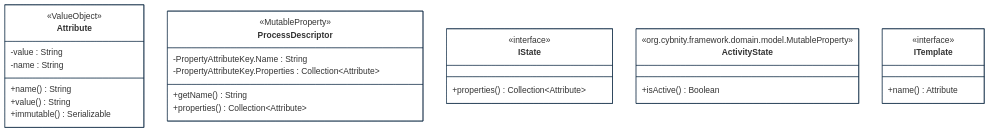
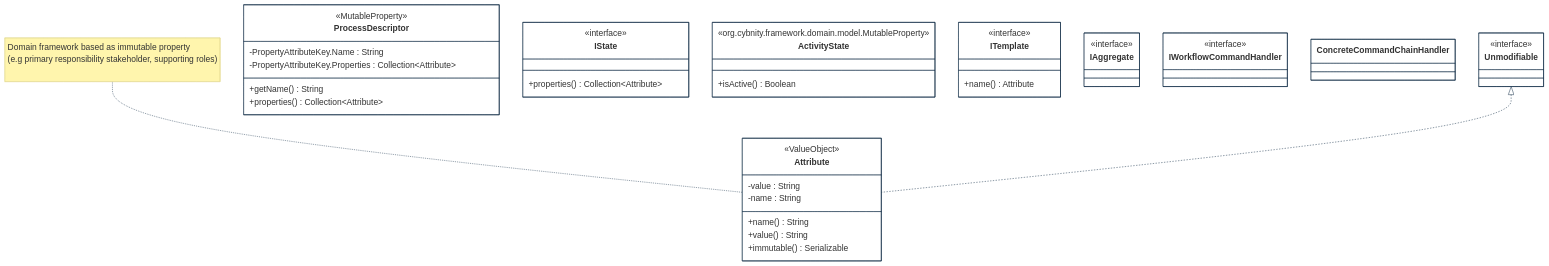
One commit to cybnity/foundation changed the diagram in implementations-line/features/workflow-process/security-activity-orchestration/designview-packages.md. Above: the diagram before and after it, drawn with Mermaid. The commit also changed other lines of this file and 10 other files, not shown here.

````diff
--- a/implementations-line/features/workflow-process/security-activity-orchestration/designview-packages.md
+++ b/implementations-line/features/workflow-process/security-activity-orchestration/designview-packages.md
@@ -18,48 +19,62 @@
 ```mermaid
 %%{
   init: {
     'theme': 'base',
     'themeVariables': {
         'background': '#ffffff',
         'fontFamily': 'arial',
         'fontSize': '18px',
         'primaryColor': '#fff',
         'primaryBorderColor': '#0e2a43',
         'secondaryBorderColor': '#0e2a43',
         'tertiaryBorderColor': '#0e2a43',
         'edgeLabelBackground':'#0e2a43',
         'lineColor': '#0e2a43',
         'tertiaryColor': '#fff'
     }
   }
 }%%
 classDiagram
+	Unmodifiable <|.. Attribute
+	note for Attribute "Domain framework based as immutable property<br>(e.g primary responsibility stakeholder, supporting roles)<br><br>"
+
+	class Unmodifiable {
+		<<interface>>
+	}
 	class Attribute {
 		<<ValueObject>>
 		-value : String
 		-name : String
 		+name() String
 		+value() String
 		+immutable() Serializable
 	}
     class ProcessDescriptor {
 		<<MutableProperty>>
 		-PropertyAttributeKey.Name : String
 		-PropertyAttributeKey.Properties : Collection~Attribute~
 		+getName() String
 		+properties() Collection~Attribute~
 	}
 	class IState {
 		<<interface>>
 		+properties() Collection~Attribute~
 	}
 	class ActivityState {
 		<<org.cybnity.framework.domain.model.MutableProperty>>
 		+isActive() Boolean
 	}
 	class ITemplate {
 		<<interface>>
 		+name() Attribute
 	}
+	class IAggregate {
+		<<interface>>
+	}
+	class IWorkflowCommandHandler {
+		<<interface>>
+	}
+	class ConcreteCommandChainHandler {
+	}
 
 ```
````
